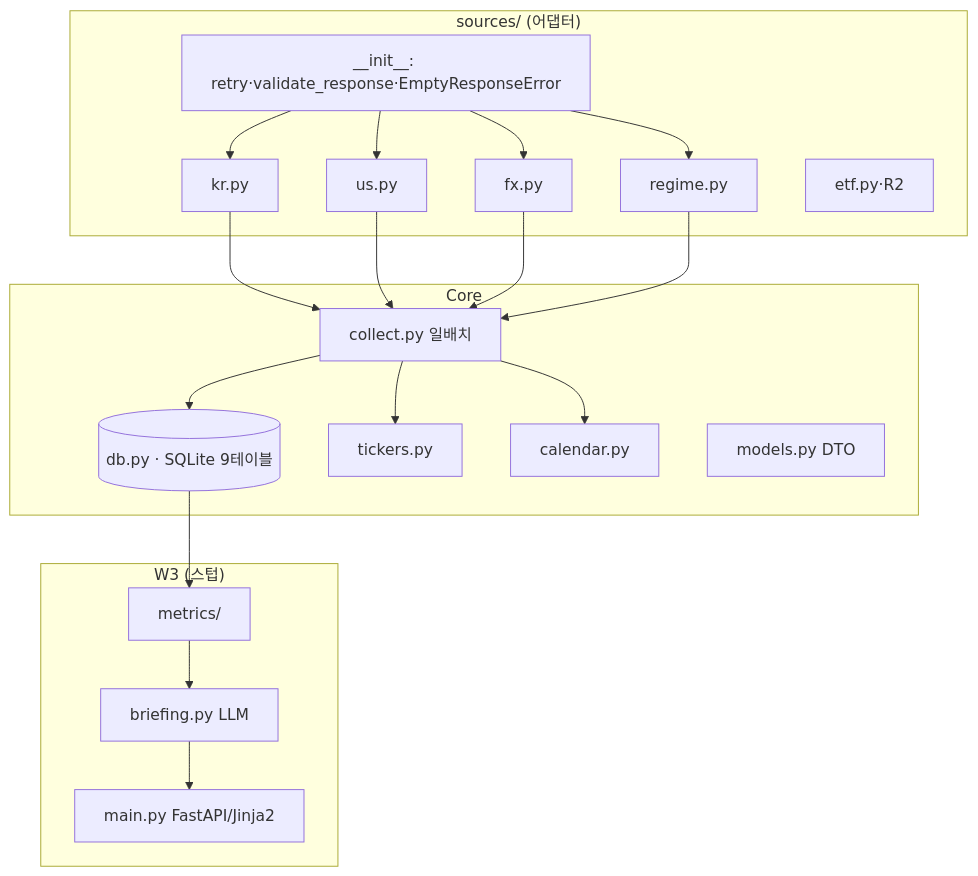
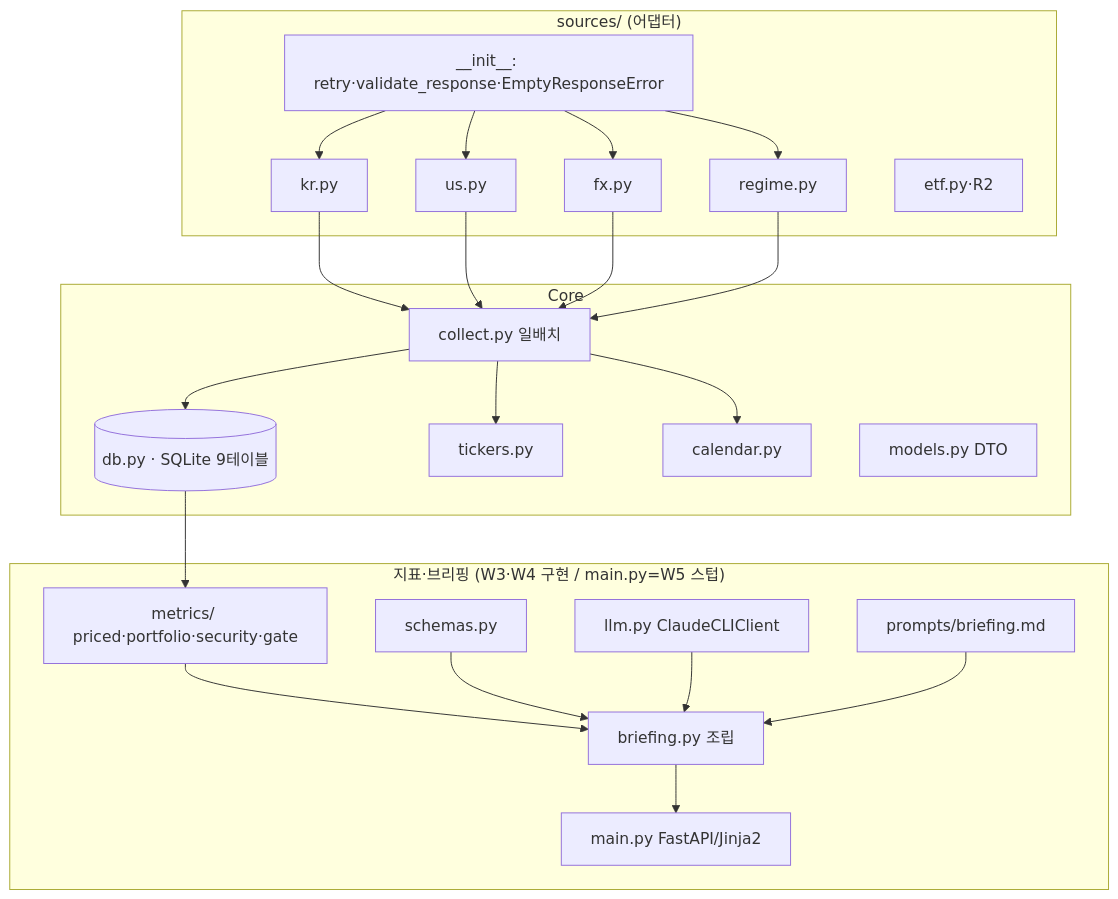
The diagram in CLAUDE.md (bigbulgogiburger/ballast), drawn with Mermaid before and after one commit. The commit also changed other lines of this file, not shown here.

Commit message:
docs: CLAUDE.md W3 지표엔진·W4 AI브리핑 구현 반영 (BAL-3/4)

````diff
--- a/CLAUDE.md
+++ b/CLAUDE.md
@@ -8,18 +8,20 @@
 ```mermaid
 graph TD
   subgraph Sources["sources/ (어댑터)"]
     KR[kr.py]; US[us.py]; FX[fx.py]; RG[regime.py]; ETF[etf.py·R2]
     GUARD[__init__: retry·validate_response·EmptyResponseError]
   end
   subgraph Core
     COLLECT[collect.py 일배치]; DB[(db.py · SQLite 9테이블)]
     TICK[tickers.py]; CAL[calendar.py]; MODELS[models.py DTO]
   end
-  subgraph Consume["W3 (스텁)"]
-    MET[metrics/]; BRIEF[briefing.py LLM]; MAIN[main.py FastAPI/Jinja2]
+  subgraph Consume["지표·브리핑 (W3·W4 구현 / main.py=W5 스텁)"]
+    MET[metrics/ priced·portfolio·security·gate]; BRIEF[briefing.py 조립]; MAIN[main.py FastAPI/Jinja2]
+    LLM[llm.py ClaudeCLIClient]; SCH[schemas.py]; PR[prompts/briefing.md]
   end
   KR & US & FX & RG --> COLLECT --> DB
   GUARD --> KR & US & FX & RG
   COLLECT --> TICK & CAL
   DB --> MET --> BRIEF --> MAIN
+  SCH & LLM & PR --> BRIEF
 ```
````
